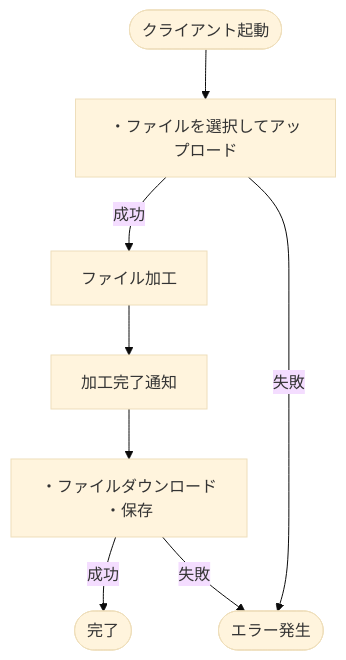
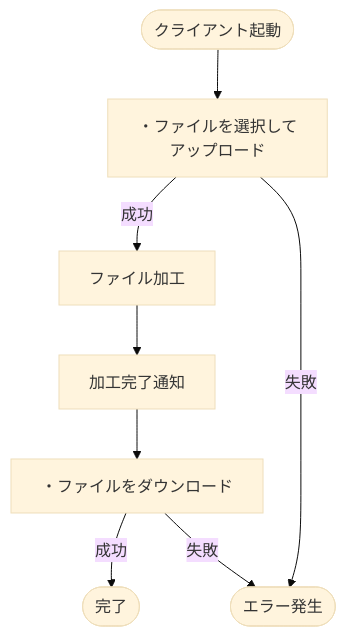
One commit to BackendExplorer/Video-Processor changed the first of 4 diagrams in README.md. Above: the diagram before and after it, drawn with Mermaid (base theme).

````diff
--- a/README.md
+++ b/README.md
@@ -168,17 +168,17 @@
 ```mermaid
 flowchart TD
     Start(["クライアント起動"])
-    アップロード["・ファイルを選択してアップロード"]
+    アップロード["・ファイルを選択して<br>アップロード"]
     加工["ファイル加工"]
     通知["加工完了通知"]
-    ダウンロード["・ファイルダウンロード<br>・保存"]
+    ダウンロード["・ファイルをダウンロード"]
     完了(["完了"])
     エラー(["エラー発生"])
 
     Start --> アップロード
     アップロード -- 成功 --> 加工
     アップロード -- 失敗 --> エラー
     加工 --> 通知 --> ダウンロード
     ダウンロード -- 成功 --> 完了
     ダウンロード -- 失敗 --> エラー
 ```
````
